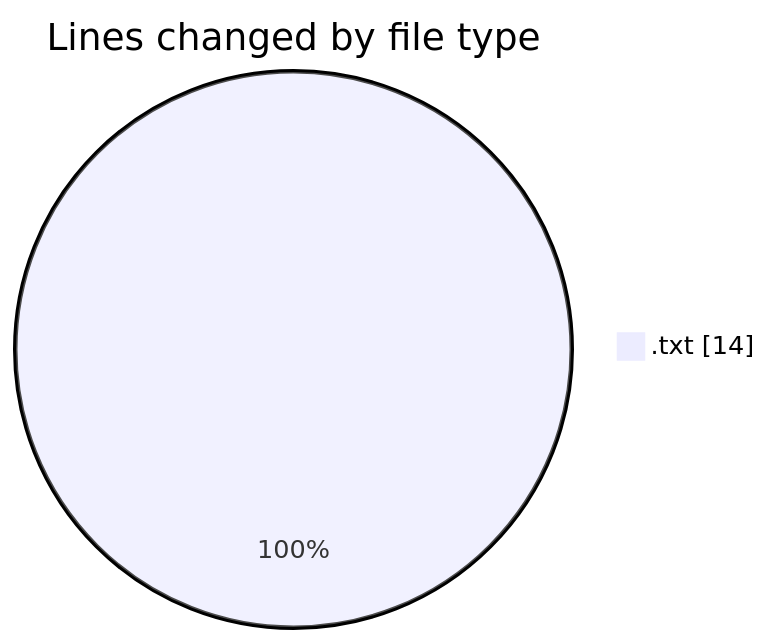
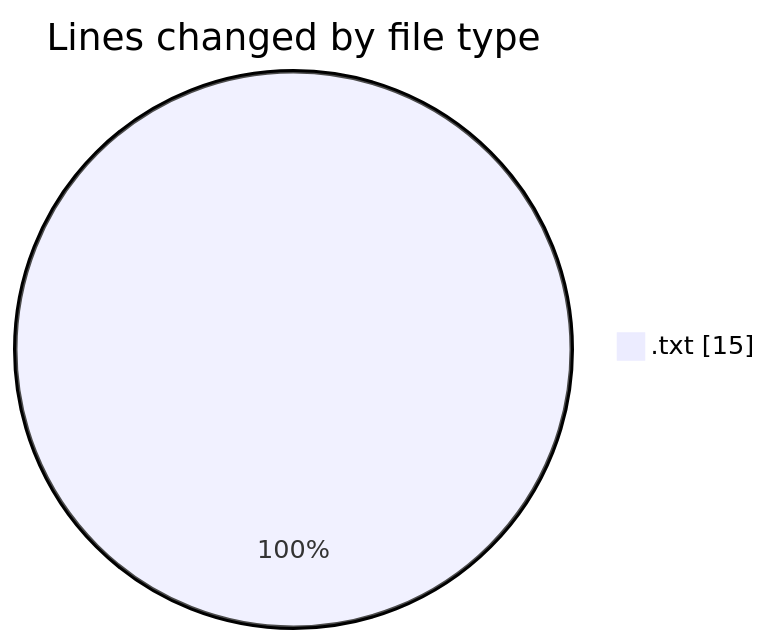
The first of 2 diagrams in 2026-10-05/scripts/README.md (ricardozamudiocil/code-tracking), drawn with Mermaid before and after one commit. The commit also changed other lines of this file and 1 other file, not shown here.

````diff
--- a/2026-10-05/scripts/README.md
+++ b/2026-10-05/scripts/README.md
@@ -20,5 +20,5 @@
 ```mermaid
 pie showData
 title Lines changed by file type
-".txt" : 14
+".txt" : 15
 ```
````
